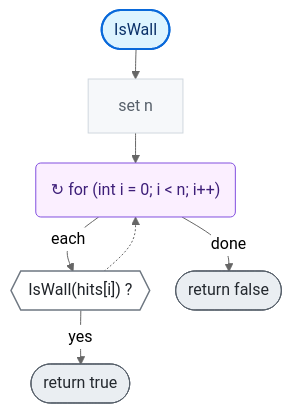
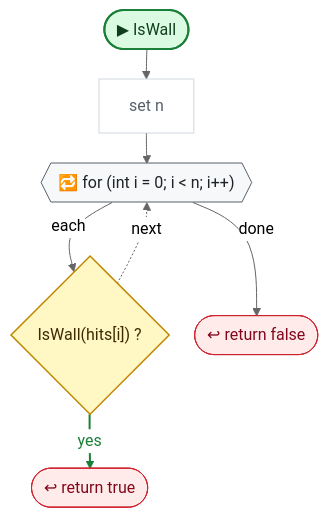
One commit to nataiai/Lord-of-the-Dungeon changed diagram 11 of 14 in CodeGraph~/graph/AI/PathFinding.cs.md. Above: the diagram before and after it, drawn with Mermaid (neutral theme). The commit also changed other lines of this file and 44 other files, not shown here.

````diff
--- a/CodeGraph~/graph/AI/PathFinding.cs.md
+++ b/CodeGraph~/graph/AI/PathFinding.cs.md
@@ -631,37 +685,42 @@
 ```mermaid
 ---
 config:
   flowchart:
     wrappingWidth: 260
     nodeSpacing: 26
     rankSpacing: 30
 ---
 flowchart TD
-  nS(["IsWall"])
+  nS(["▶ IsWall"])
   nf88ad4["set n"]
-  n99f4aa("  ↻ for (int i = 0; i #60; n; i++)  ")
-  n856bfe{{"IsWall(hits[i]) ?"}}
-  nb1e3d6(["return true"])
-  n1902d3(["return false"])
+  n99f4aa{{"🔁 for (int i = 0; i #60; n; i++)"}}
+  n856bfe{"IsWall(hits[i]) ?"}
+  nb1e3d6(["↩ return true"])
+  n1902d3(["↩ return false"])
   nS --> nf88ad4
   nf88ad4 --> n99f4aa
   n99f4aa -->|each| n856bfe
   n856bfe -->|yes| nb1e3d6
-  n856bfe -.-> n99f4aa
+  n856bfe -.->|next| n99f4aa
   n99f4aa -->|done| n1902d3
-  classDef unity fill:#fff1c2,stroke:#9a6700,stroke-width:2px,color:#3b2300
-  classDef start fill:#ddf4ff,stroke:#0969da,stroke-width:2px,color:#0a3069
-  classDef calc fill:#f6f8fa,stroke:#d0d7de,color:#57606a
-  classDef calls fill:#ffffff,stroke:#0969da,stroke-width:2.5px,color:#0a3069
-  classDef cond fill:#ffffff,stroke:#6e7781,stroke-width:1.5px,color:#1f2328
-  classDef loop fill:#fbefff,stroke:#8250df,color:#3e1f79
-  classDef exit fill:#eaeef2,stroke:#57606a,color:#24292f
-  classDef wait fill:#fff8f0,stroke:#bc4c00,color:#4d1d00
+  linkStyle 3 stroke:#1a7f37,stroke-width:2px,color:#1a7f37
+  classDef unity fill:#dafbe1,stroke:#1a7f37,stroke-width:2px,color:#0f3d1d
+  classDef start fill:#dafbe1,stroke:#1a7f37,stroke-width:2px,color:#0f3d1d
+  classDef calc fill:#ffffff,stroke:#d0d7de,color:#57606a
+  classDef calls fill:#ddf4ff,stroke:#0969da,stroke-width:2px,color:#0a3069
+  classDef ext fill:#ddf4ff,stroke:#0969da,stroke-width:2px,stroke-dasharray:5 3,color:#0a3069
+  classDef cond fill:#fff8c5,stroke:#bf8700,stroke-width:1.5px,color:#3d2a00
+  classDef loop fill:#f6f8fa,stroke:#57606a,color:#1f2328
+  classDef exit fill:#ffebe9,stroke:#cf222e,color:#82071e
+  classDef kill fill:#ffebe9,stroke:#cf222e,stroke-width:2px,color:#82071e
+  classDef spawn fill:#dafbe1,stroke:#1a7f37,stroke-width:2px,color:#0f3d1d
+  classDef wait fill:#fff1e5,stroke:#bc4c00,color:#4d1d00
   classDef fin fill:#eaeef2,stroke:#8c959f,color:#57606a
   classDef join fill:#d0d7de,stroke:#8c959f,color:#57606a
+  classDef ghdr fill:#f5f9ff,stroke:#f5f9ff,color:#0a3069,font-weight:bold
   class nf88ad4 calc
   class n856bfe cond
   class nb1e3d6,n1902d3 exit
   class n99f4aa loop
   class nS start
 ```
````
